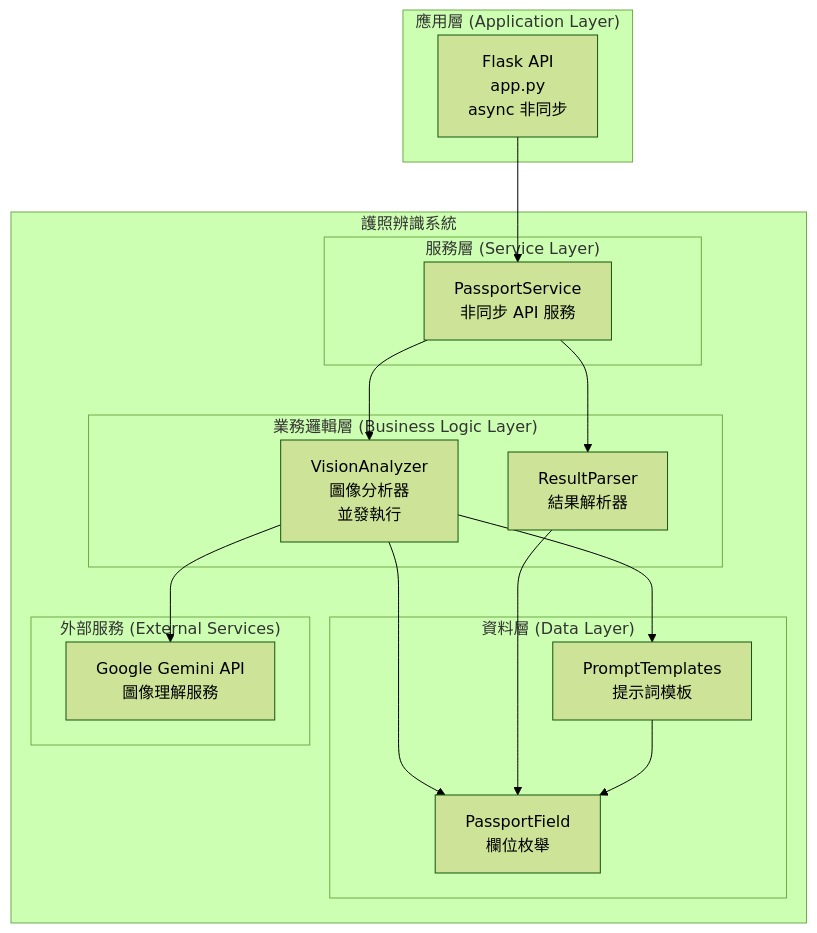
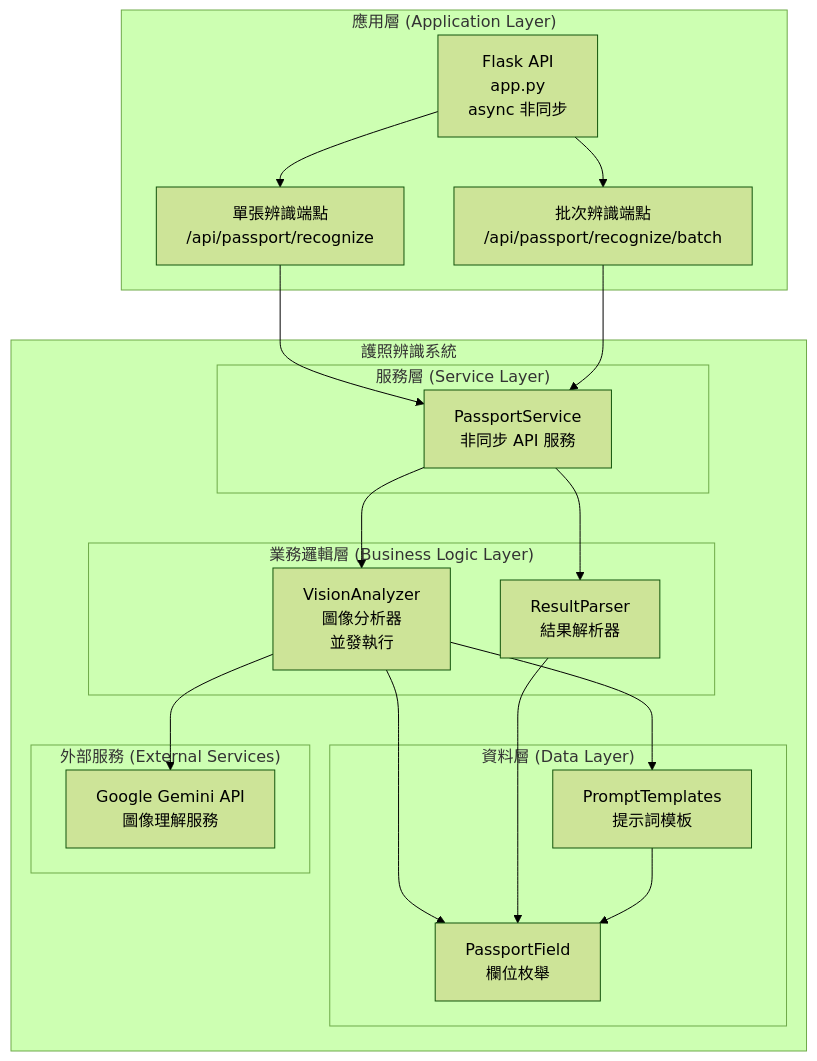
One commit to wu02067602/Passport-image-recognition changed the first of 5 diagrams in 元件圖.md. Above: the diagram before and after it, drawn with Mermaid (forest theme). The commit also changed other lines of this file and 6 other files, not shown here.

Commit message:
feat: Add batch passport recognition API endpoint

````diff
--- a/元件圖.md
+++ b/元件圖.md
@@ -7,35 +7,40 @@
 ```mermaid
 graph TB
     subgraph "應用層 (Application Layer)"
         API[Flask API<br/>app.py<br/>async 非同步]
+        SINGLE[單張辨識端點<br/>/api/passport/recognize]
+        BATCH[批次辨識端點<br/>/api/passport/recognize/batch]
     end
     
     subgraph "護照辨識系統"
         subgraph "服務層 (Service Layer)"
             PS[PassportService<br/>非同步 API 服務]
         end
         
         subgraph "業務邏輯層 (Business Logic Layer)"
             VA[VisionAnalyzer<br/>圖像分析器<br/>並發執行]
             RP[ResultParser<br/>結果解析器]
         end
         
         subgraph "資料層 (Data Layer)"
             PT[PromptTemplates<br/>提示詞模板]
             PF[PassportField<br/>欄位枚舉]
         end
         
         subgraph "外部服務 (External Services)"
             GAPI[Google Gemini API<br/>圖像理解服務]
         end
     end
     
-    API --> PS
+    API --> SINGLE
+    API --> BATCH
+    SINGLE --> PS
+    BATCH --> PS
     PS --> VA
     PS --> RP
     VA --> PT
     VA --> PF
     VA --> GAPI
     RP --> PF
     PT --> PF
 ```
````
